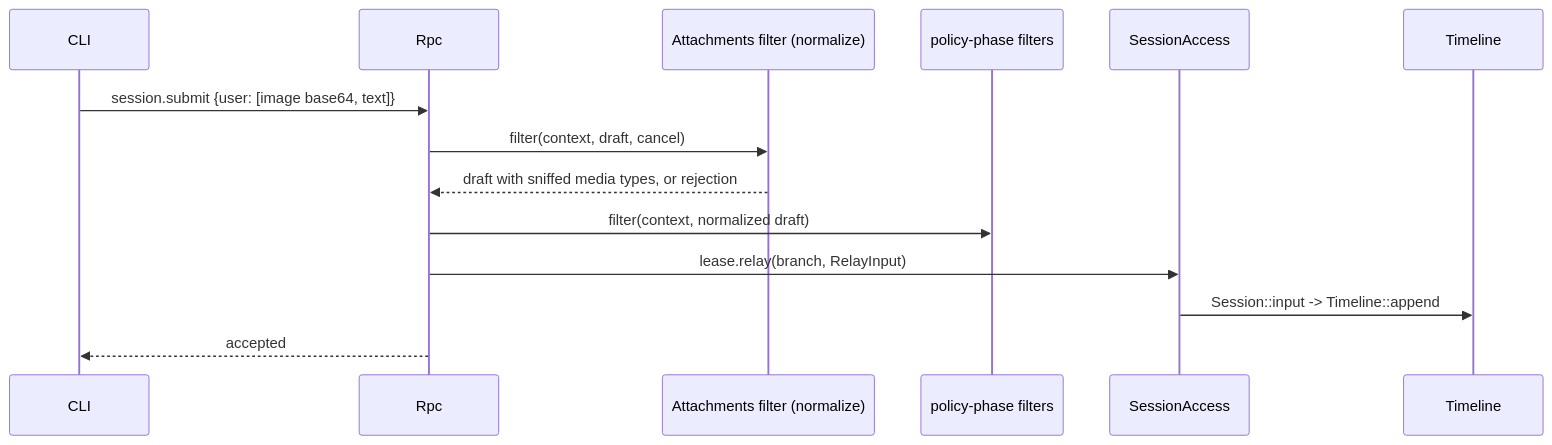
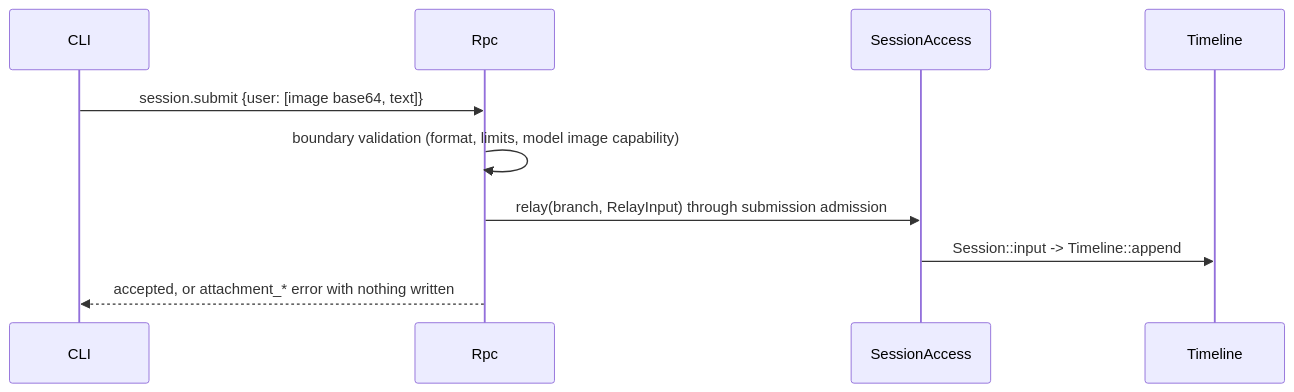
One commit to CoutinhoTTS/dim-agent changed the third of 4 diagrams in docs/design/plugins/Attachments.md. Above: the diagram before and after it, drawn with Mermaid. The commit also changed other lines of this file and 3 other files, not shown here.

Commit message:
docs(design): simplify Questions, ShellInput, Attachments and Goal designs

````diff
--- a/docs/design/plugins/Attachments.md
+++ b/docs/design/plugins/Attachments.md
@@ -79,16 +61,12 @@
 ```mermaid
 sequenceDiagram
   participant C as CLI
   participant R as Rpc
-  participant A as Attachments filter (normalize)
-  participant P as policy-phase filters
   participant SA as SessionAccess
   participant TL as Timeline
   C->>R: session.submit {user: [image base64, text]}
-  R->>A: filter(context, draft, cancel)
-  A-->>R: draft with sniffed media types, or rejection
-  R->>P: filter(context, normalized draft)
-  R->>SA: lease.relay(branch, RelayInput)
+  R->>R: boundary validation (format, limits, model image capability)
+  R->>SA: relay(branch, RelayInput) through submission admission
   SA->>TL: Session::input -> Timeline::append
-  R-->>C: accepted
+  R-->>C: accepted, or attachment_* error with nothing written
 ```
````
